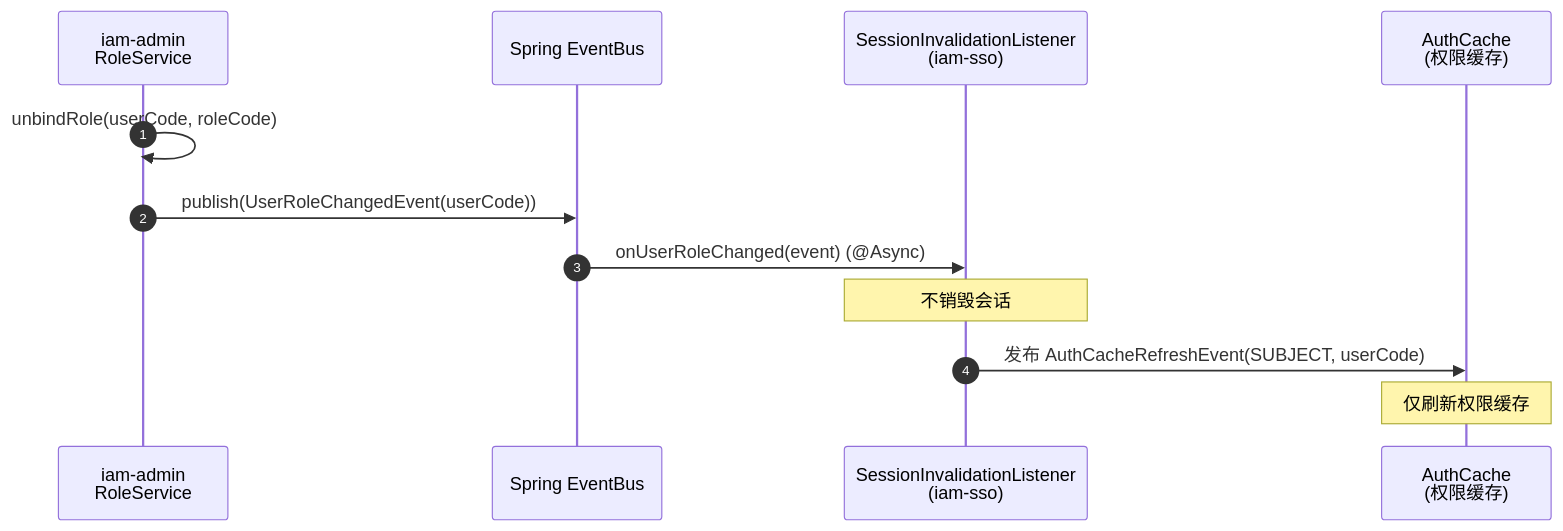
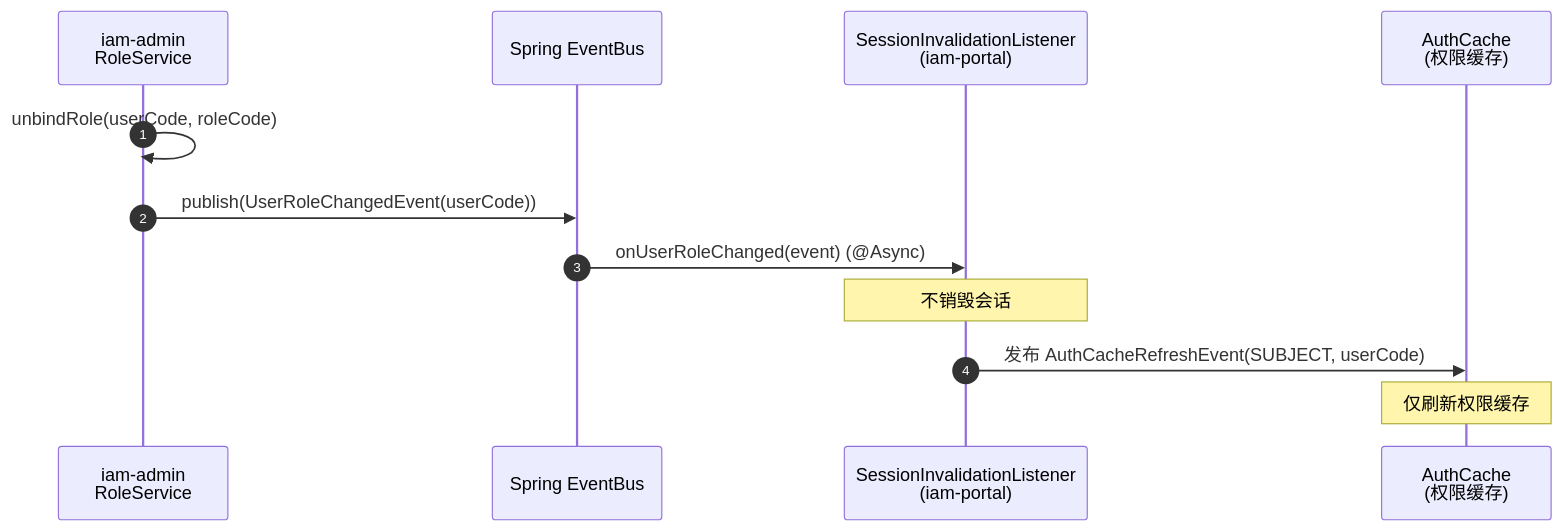
One commit to shrimp-group/sh-iam changed the third of 3 diagrams in docs/design/stories/session/US-16-admin-session-invalidation.md. Above: the diagram before and after it, drawn with Mermaid. The commit also changed other lines of this file and 32 other files, not shown here.

````diff
--- a/docs/design/stories/session/US-16-admin-session-invalidation.md
+++ b/docs/design/stories/session/US-16-admin-session-invalidation.md
@@ -101,14 +101,14 @@
 ```mermaid
 sequenceDiagram
     autonumber
     participant Admin as iam-admin<br/>RoleService
     participant Event as Spring EventBus
-    participant Listener as SessionInvalidationListener<br/>(iam-sso)
+    participant Listener as SessionInvalidationListener<br/>(iam-portal)
     participant Cache as AuthCache<br/>(权限缓存)
     Admin ->> Admin: unbindRole(userCode, roleCode)
     Admin ->> Event: publish(UserRoleChangedEvent(userCode))
     Event ->> Listener: onUserRoleChanged(event) (@Async)
     Note over Listener: 不销毁会话
     Listener ->> Cache: 发布 AuthCacheRefreshEvent(SUBJECT, userCode)
     Note over Cache: 仅刷新权限缓存
 ```
````
